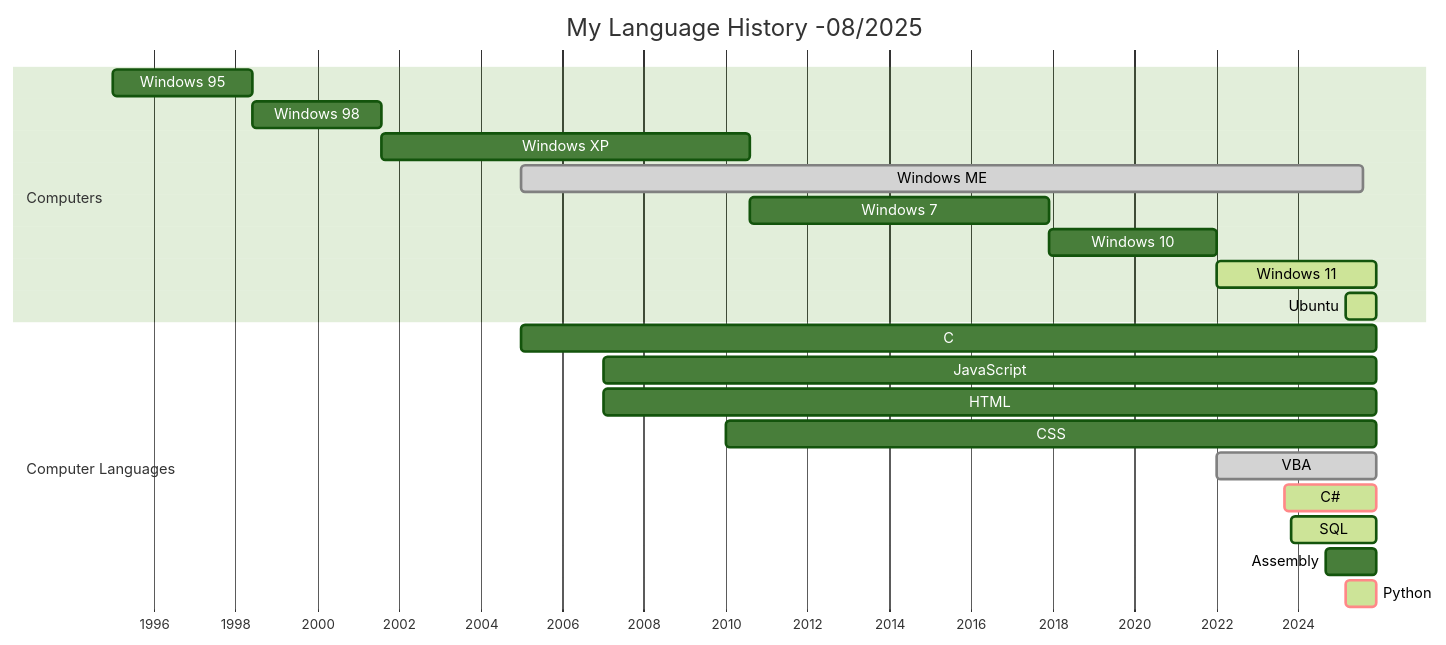
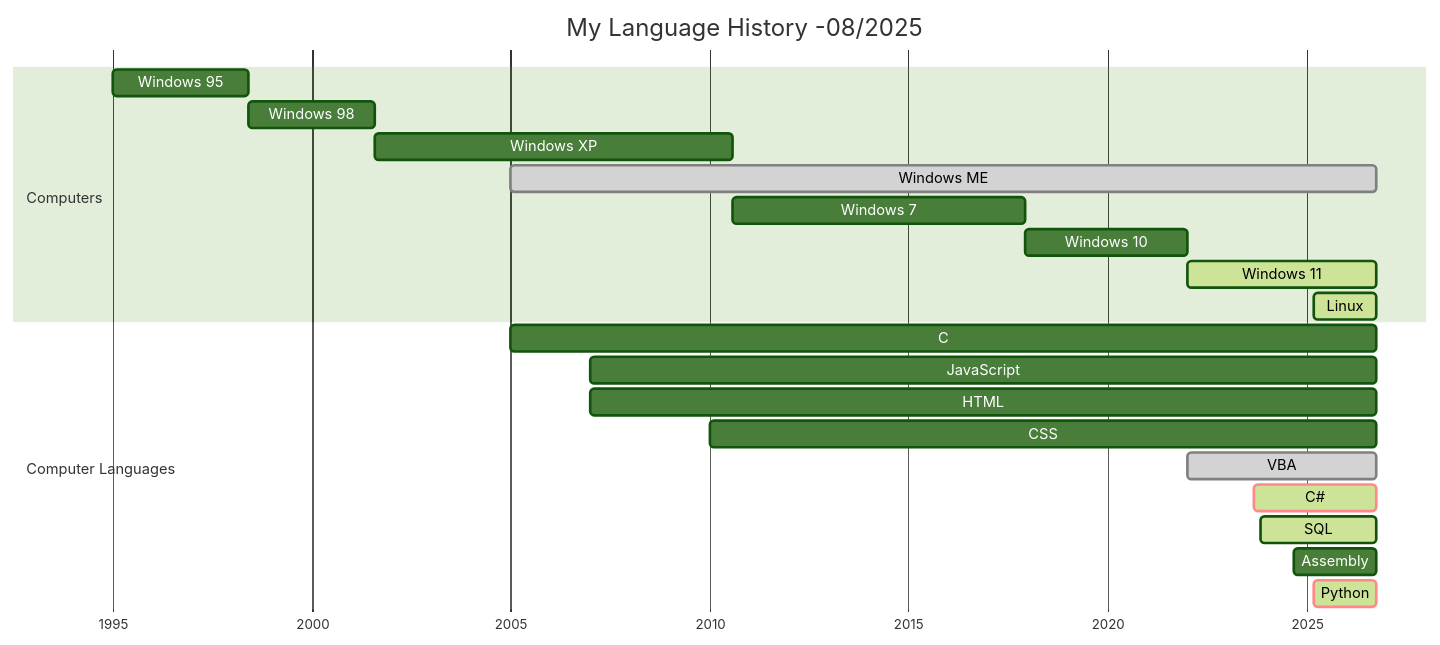
Before and after one commit to Ryuji-Hazama/Ryuji-Hazama: the diagram in README.md, drawn with Mermaid (forest theme). The commit also changed other lines of this file, not shown here.

````diff
--- a/README.md
+++ b/README.md
@@ -37,29 +37,29 @@
 ```mermaid
 gantt
 title My Language History -08/2025
 dateFormat YYYY-MM
 axisFormat %Y
 tickInterval 1year
 
 section Computers
    Windows 95:w95,1995-01,1998-06
    Windows 98:w98,after w95,2001-08
    Windows XP:wXp,after w98,2010-08
-   Windows ME:done,wMe,2005-01,2025-08
+   Windows ME:done,wMe,2005-01,2026-10
    Windows 7:w7,after wXp,2017-12
    Windows 10:w10,after w7,2022-01
-   Windows 11:active,w11,after w10,2025-12
-   Ubuntu:active,Ubu,2025-03,2025-12
+   Windows 11:active,w11,after w10,2026-10
+   Linux:active,Ubu,2025-03,2026-10
 
 section Computer Languages
-   C     :2005-01,2025-12
-   JavaScript:2007-01,2025-12
-   HTML  :2007-01,2025-12
-   CSS   :2010-01,2025-12
-   VBA   :done,2022-01,2025-12
-   C#    :active,crit,2023-09,2025-12
-   SQL   :active,2023-11,2025-12
-   Assembly:2024-09,2025-12
-   Python:active,crit,2025-03,2025-12
+   C     :2005-01,2026-10
+   JavaScript:2007-01,2026-10
+   HTML  :2007-01,2026-10
+   CSS   :2010-01,2026-10
+   VBA   :done,2022-01,2026-10
+   C#    :active,crit,2023-09,2026-10
+   SQL   :active,2023-11,2026-10
+   Assembly:2024-09,2026-10
+   Python:active,crit,2025-03,2026-10
 
 ```
````
